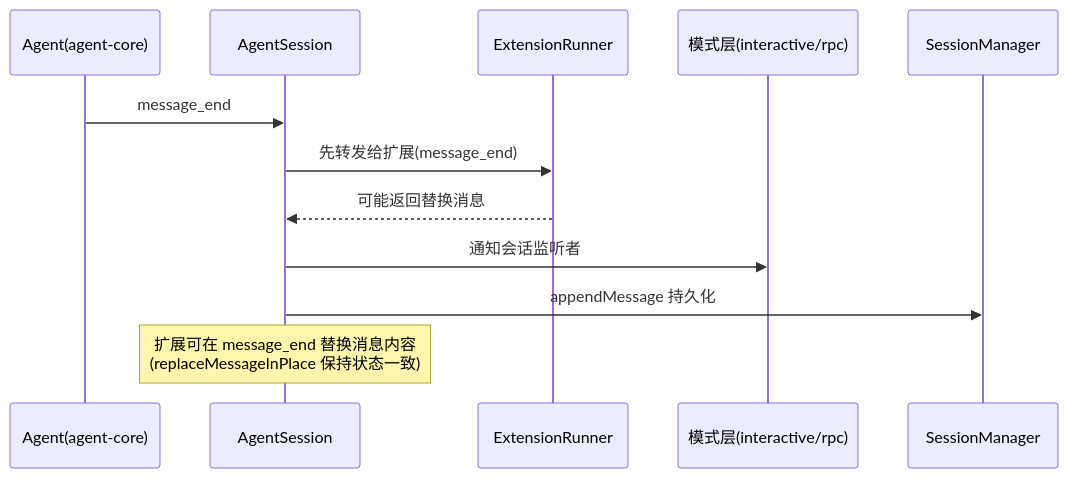
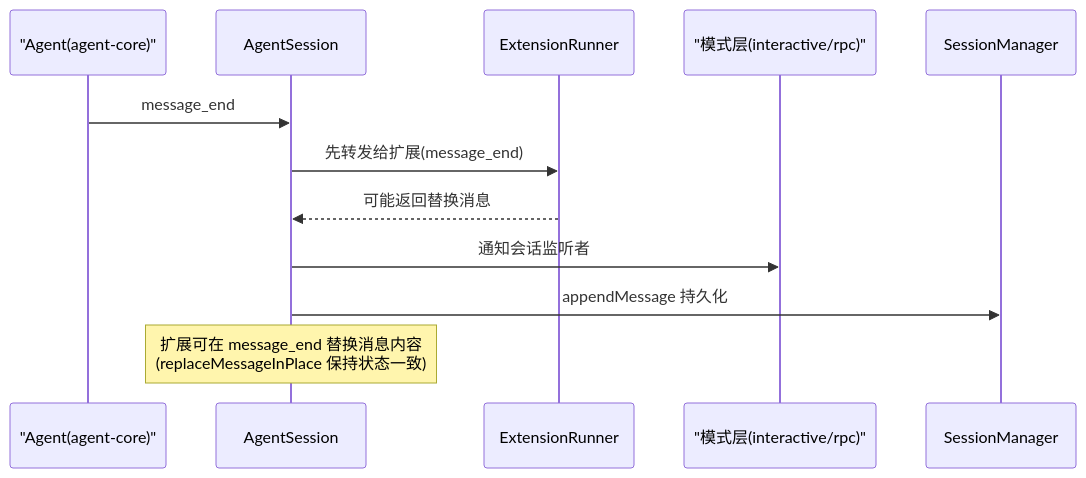
One commit to lidetao/harness-frameworks changed the fifth of 6 diagrams in pi/03-runtime.md. Above: the diagram before and after it, drawn with Mermaid. The commit also changed other lines of this file and 4 other files, not shown here.

Commit message:
Quote Mermaid labels in pi docs to fix diagram rendering

````diff
--- a/pi/03-runtime.md
+++ b/pi/03-runtime.md
@@ -170,15 +170,15 @@
 ```mermaid
 sequenceDiagram
-    participant A as Agent(agent-core)
+    participant A as "Agent(agent-core)"
     participant S as AgentSession
     participant E as ExtensionRunner
-    participant UI as 模式层(interactive/rpc)
+    participant UI as "模式层(interactive/rpc)"
     participant SM as SessionManager
 
     A->>S: message_end
     S->>E: 先转发给扩展(message_end)
     E-->>S: 可能返回替换消息
     S->>UI: 通知会话监听者
     S->>SM: appendMessage 持久化
     Note over S: 扩展可在 message_end 替换消息内容<br/>(replaceMessageInPlace 保持状态一致)
 ```
````
